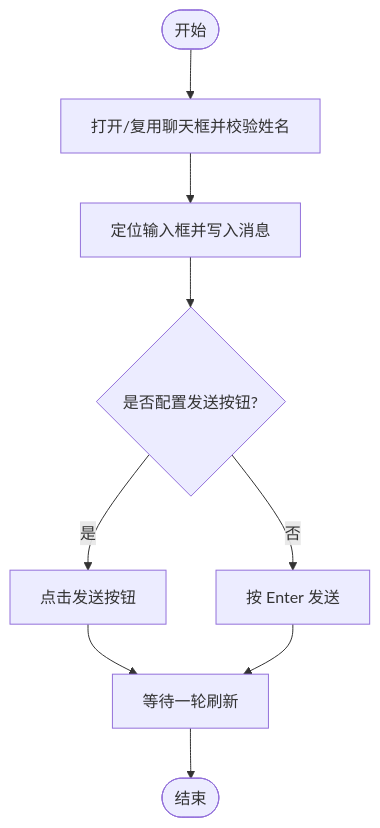
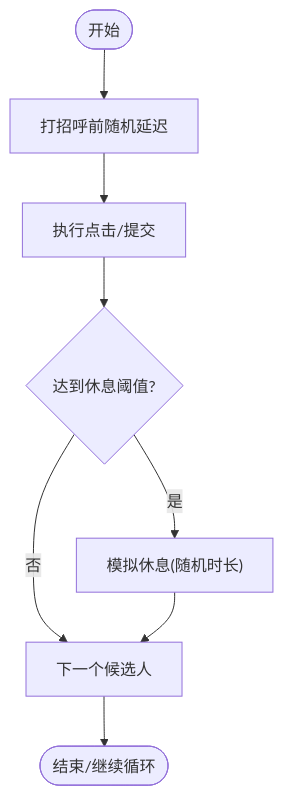
One commit to alvinwangzi/goodhr changed the fourth of 6 diagrams in .qoder/repowiki/zh/content/本地执行器/平台适配器/前程无忧适配器/自动打招呼.md. Above: the diagram before and after it, drawn with Mermaid. The commit also changed other lines of this file and 149 other files, not shown here.

````diff
--- a/.qoder/repowiki/zh/content/本地执行器/平台适配器/前程无忧适配器/自动打招呼.md
+++ b/.qoder/repowiki/zh/content/本地执行器/平台适配器/前程无忧适配器/自动打招呼.md
@@ -161,11 +203,10 @@
 ```mermaid
 flowchart TD
-Start(["开始"]) --> Open["打开/复用聊天框并校验姓名"]
-Open --> Input["定位输入框并写入消息"]
-Input --> HasSend{"是否配置发送按钮?"}
-HasSend -- 是 --> ClickSend["点击发送按钮"]
-HasSend -- 否 --> PressEnter["按 Enter 发送"]
-ClickSend --> WaitPoll["等待一轮刷新"]
-PressEnter --> WaitPoll
-WaitPoll --> End(["结束"])
+Start(["开始"]) --> Delay["打招呼前随机延迟"]
+Delay --> Click["执行点击/提交"]
+Click --> RestCheck{"达到休息阈值?"}
+RestCheck -- 否 --> Next["下一个候选人"]
+RestCheck -- 是 --> Sleep["模拟休息(随机时长)"]
+Sleep --> Next
+Next --> End(["结束/继续循环"])
 ```
````
